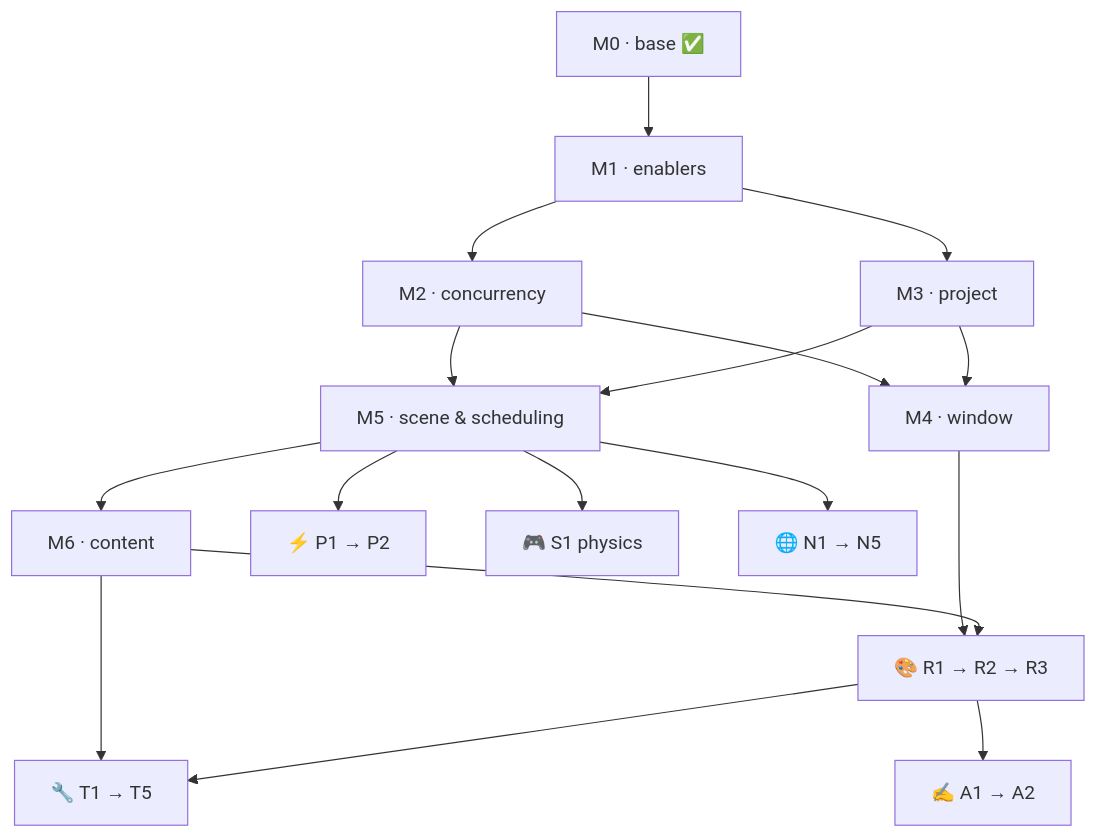
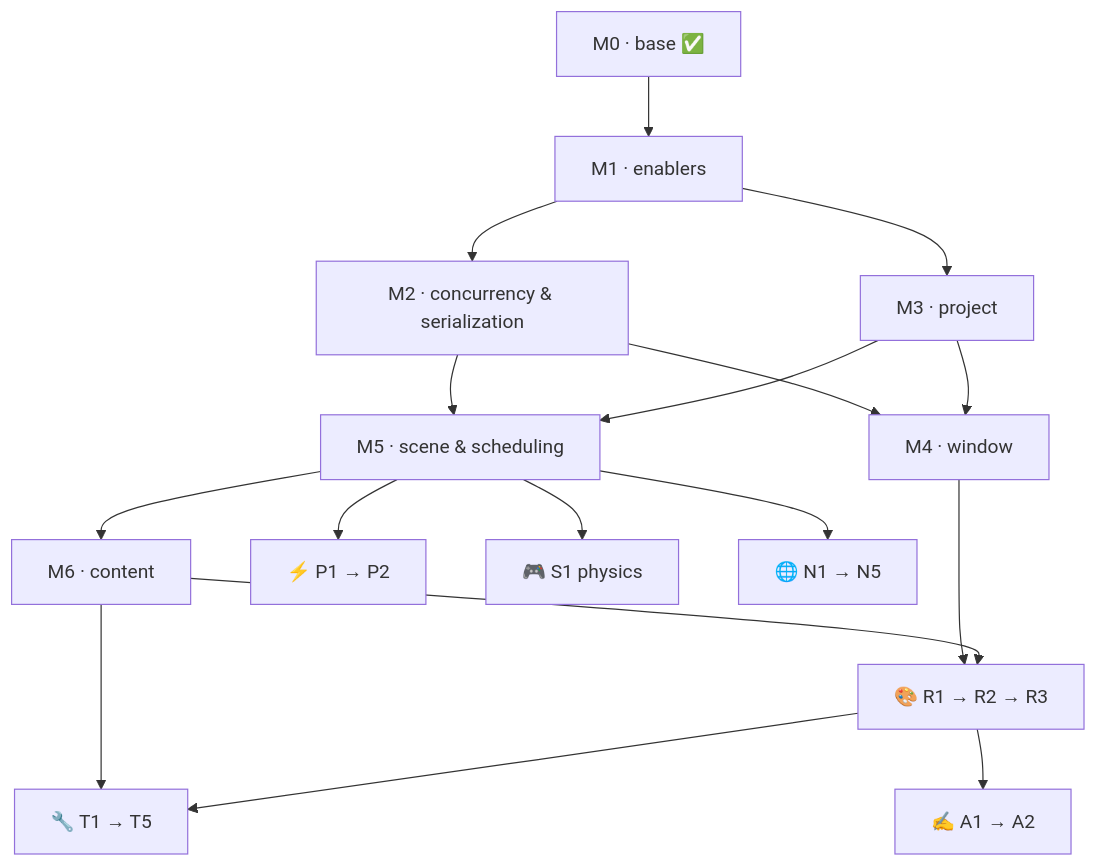
Before and after one commit to techattackteam/TechEngine-vault: the diagram in 02 Roadmap/Roadmap.md, drawn with Mermaid. The commit also changed other lines of this file and 7 other files, not shown here.

````diff
--- a/02 Roadmap/Roadmap.md
+++ b/02 Roadmap/Roadmap.md
@@ -19,10 +19,10 @@
 ```mermaid
 flowchart TB
   M0["M0 · base ✅"] --> M1["M1 · enablers"]
-  M1 --> M2["M2 · concurrency"] & M3["M3 · project"]
+  M1 --> M2["M2 · concurrency &amp; serialization"] & M3["M3 · project"]
   M2 & M3 --> M4["M4 · window"] & M5["M5 · scene &amp; scheduling"]
   M5 --> M6["M6 · content"] & P["⚡ P1 → P2"] & S["🎮 S1 physics"] & N["🌐 N1 → N5"]
   M4 --> R
   M6 --> R["🎨 R1 → R2 → R3"] & T["🔧 T1 → T5"]
   R --> T & A["✍️ A1 → A2"]
 ```
````
